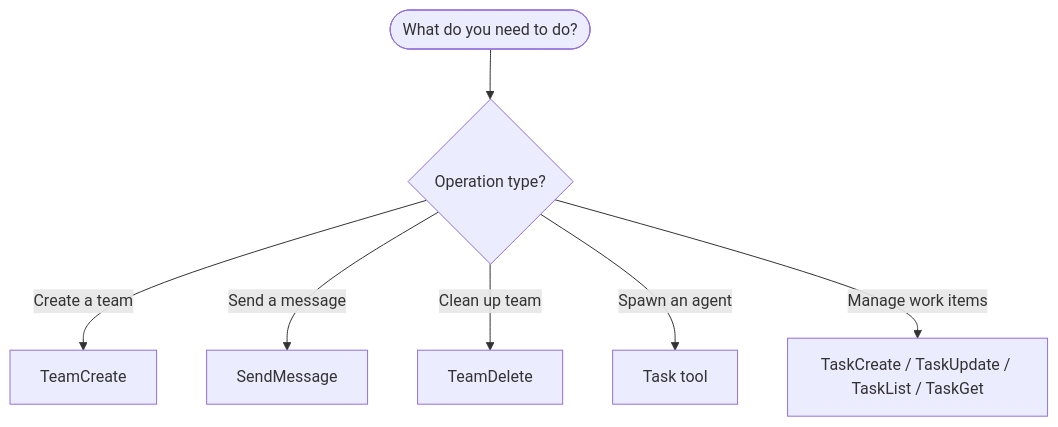
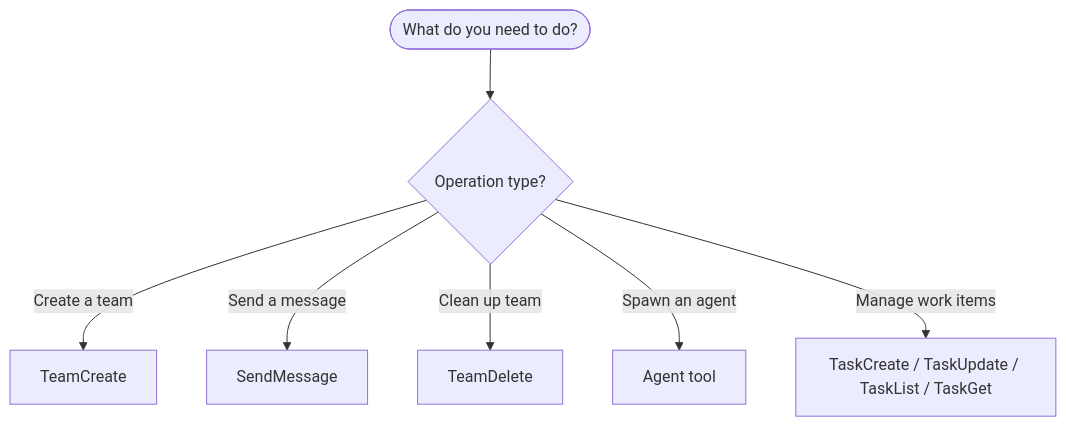
Before and after one commit to chgreer1070/claude_skills: the first of 2 diagrams in .claude/skills/swarm-operations/SKILL.md, drawn with Mermaid. The commit also changed other lines of this file and 83 other files, not shown here.

First line of the commit message:
refactor: rename 'Task tool' prose references to 'Agent tool' across docs

````diff
--- a/.claude/skills/swarm-operations/SKILL.md
+++ b/.claude/skills/swarm-operations/SKILL.md
@@ -13,9 +13,9 @@
 ```mermaid
 flowchart TD
     Start([What do you need to do?]) --> Q1{Operation type?}
     Q1 -->|Create a team| TC[TeamCreate]
     Q1 -->|Send a message| SM[SendMessage]
     Q1 -->|Clean up team| TD[TeamDelete]
-    Q1 -->|Spawn an agent| Task[Task tool]
+    Q1 -->|Spawn an agent| Task[Agent tool]
     Q1 -->|Manage work items| TT[TaskCreate / TaskUpdate / TaskList / TaskGet]
 ```
````
